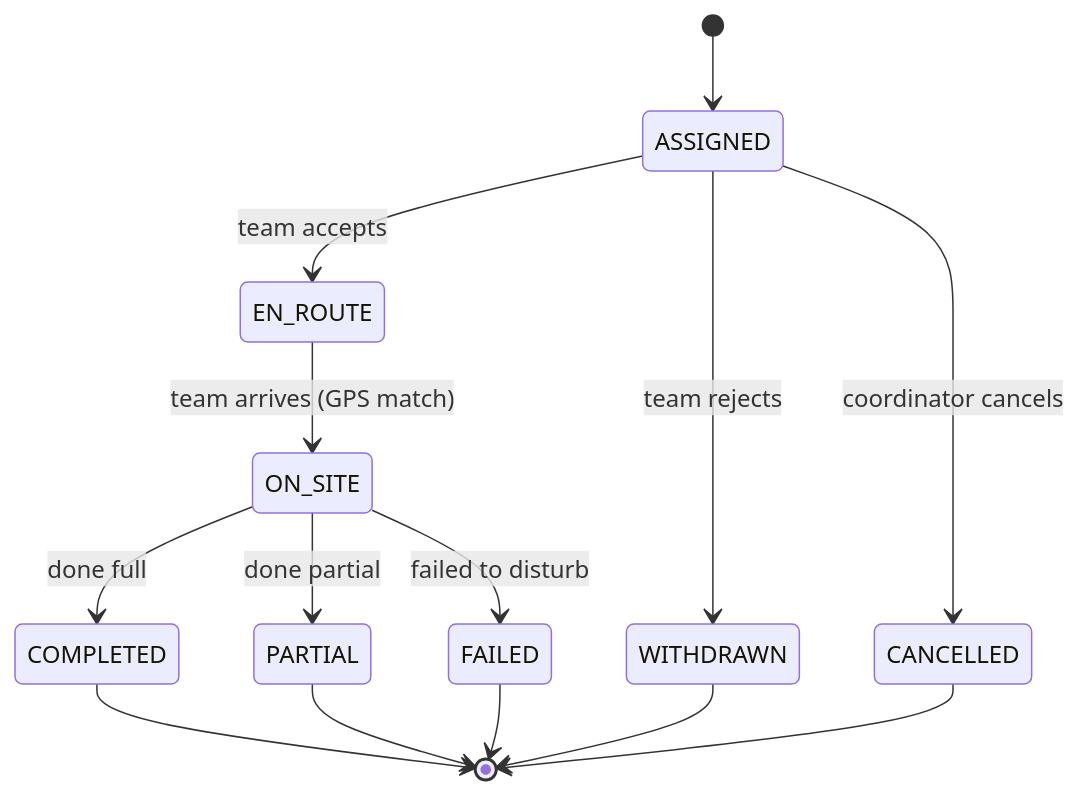
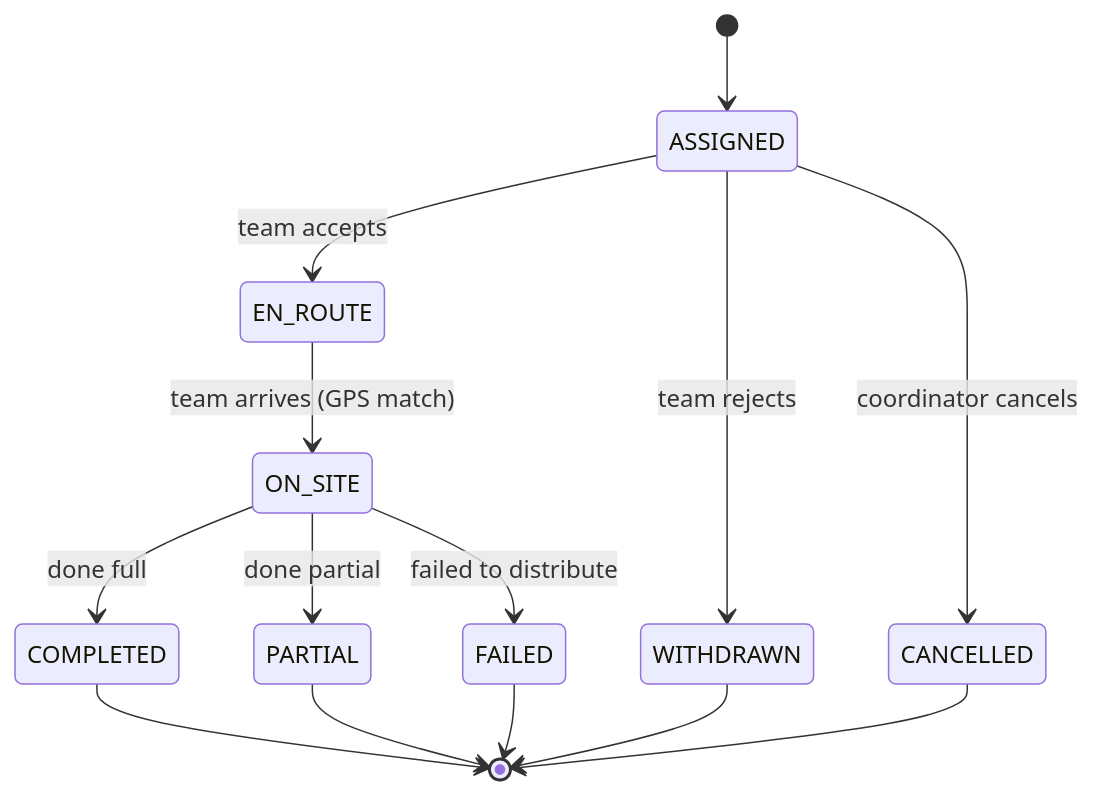
Before and after one commit to phuonganh1609/flood_rescue: the second of 6 diagrams in docs/flows/Relief_flow_1.1.md, drawn with Mermaid. The commit also changed other lines of this file and 5 other files, not shown here.

````diff
--- a/docs/flows/Relief_flow_1.1.md
+++ b/docs/flows/Relief_flow_1.1.md
@@ -72,21 +72,21 @@
 ```mermaid
 stateDiagram-v2
     [*] --> ASSIGNED
 
     ASSIGNED --> EN_ROUTE : team accepts
     ASSIGNED --> WITHDRAWN : team rejects
 
     EN_ROUTE --> ON_SITE : team arrives (GPS match)
 
     ON_SITE --> COMPLETED : done full
     ON_SITE --> PARTIAL : done partial
-    ON_SITE --> FAILED : failed to disturb
+    ON_SITE --> FAILED : failed to distribute
 
     ASSIGNED --> CANCELLED : coordinator cancels
 
     COMPLETED --> [*]
     PARTIAL --> [*]
     FAILED --> [*]
     WITHDRAWN --> [*]
     CANCELLED --> [*]
 ```
````
